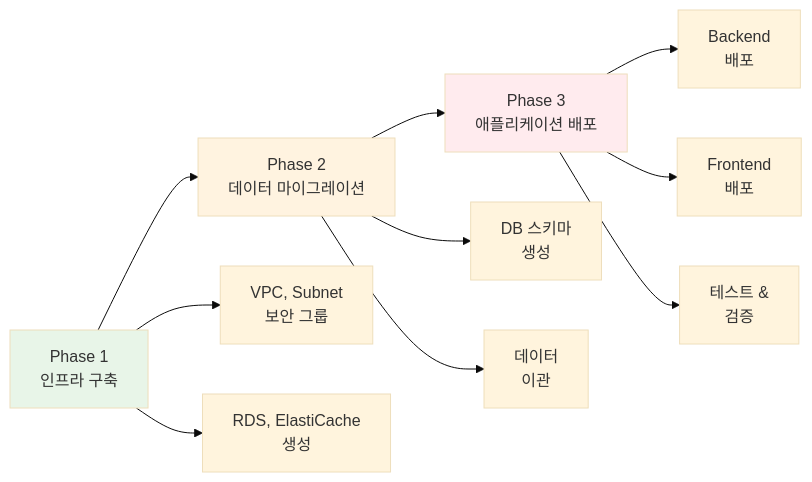
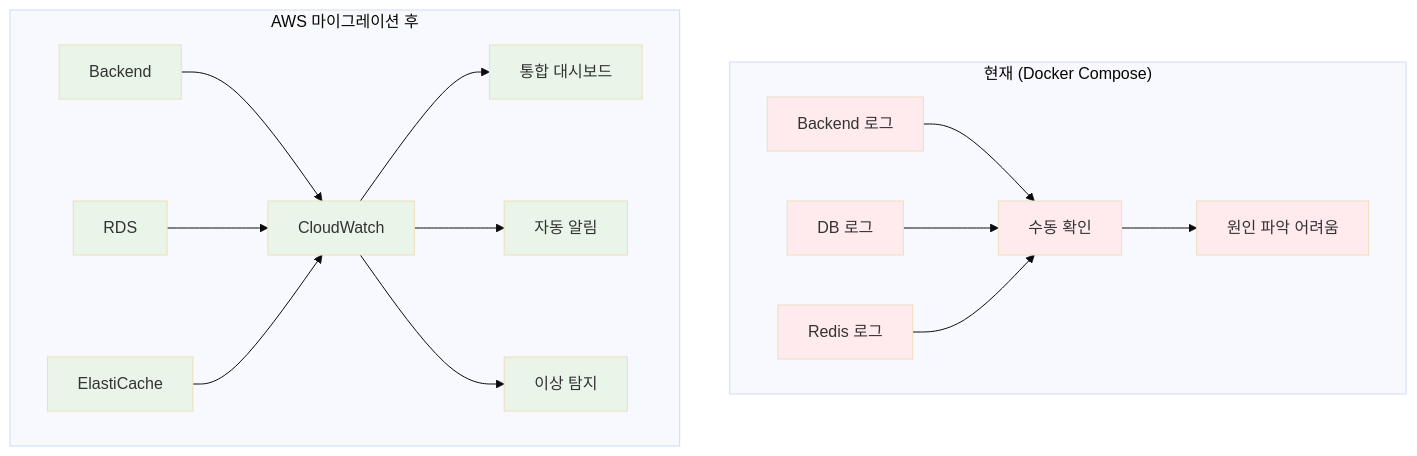
One commit to niceguy61/kdt_devops_lecture_2025 changed the ninth of 9 diagrams in theory/week_05/day5/session_1.md. Above: the diagram before and after it, drawn with Mermaid (base theme). The commit also changed other lines of this file, not shown here.

````diff
--- a/theory/week_05/day5/session_1.md
+++ b/theory/week_05/day5/session_1.md
@@ -463,19 +475,31 @@
 ```mermaid
-graph LR
-    A[Phase 1<br/>인프라 구축] --> B[Phase 2<br/>데이터 마이그레이션]
-    B --> C[Phase 3<br/>애플리케이션 배포]
+graph TB
+    subgraph "현재 (Docker Compose)"
+        A1[Backend 로그] --> D1[수동 확인]
+        B1[DB 로그] --> D1
+        C1[Redis 로그] --> D1
+        D1 --> E1[원인 파악 어려움]
+    end
     
-    A --> A1[VPC, Subnet<br/>보안 그룹]
-    A --> A2[RDS, ElastiCache<br/>생성]
+    subgraph "AWS 마이그레이션 후"
+        A2[Backend] --> D2[CloudWatch]
+        B2[RDS] --> D2
+        C2[ElastiCache] --> D2
+        D2 --> E2[통합 대시보드]
+        D2 --> F2[자동 알림]
+        D2 --> G2[이상 탐지]
+    end
     
-    B --> B1[DB 스키마<br/>생성]
-    B --> B2[데이터<br/>이관]
-    
-    C --> C1[Backend<br/>배포]
-    C --> C2[Frontend<br/>배포]
-    C --> C3[테스트 &<br/>검증]
-    
-    style A fill:#e8f5e8
-    style B fill:#fff3e0
-    style C fill:#ffebee
+    style A1 fill:#ffebee
+    style B1 fill:#ffebee
+    style C1 fill:#ffebee
+    style D1 fill:#ffebee
+    style E1 fill:#ffebee
+    style A2 fill:#e8f5e8
+    style B2 fill:#e8f5e8
+    style C2 fill:#e8f5e8
+    style D2 fill:#e8f5e8
+    style E2 fill:#e8f5e8
+    style F2 fill:#e8f5e8
+    style G2 fill:#e8f5e8
 ```
````
